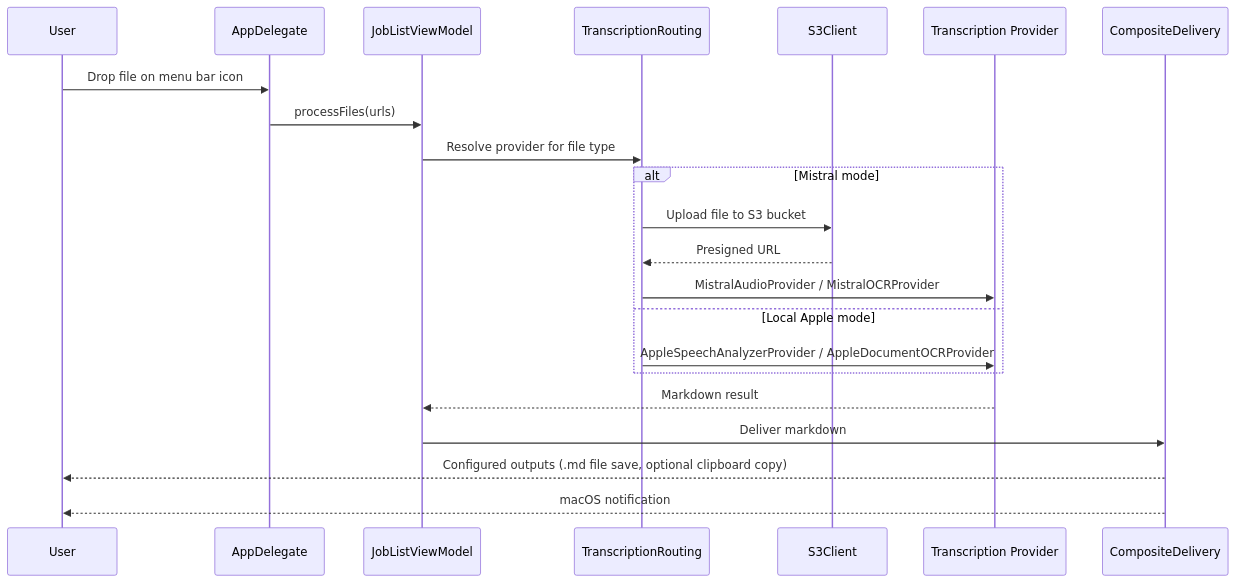
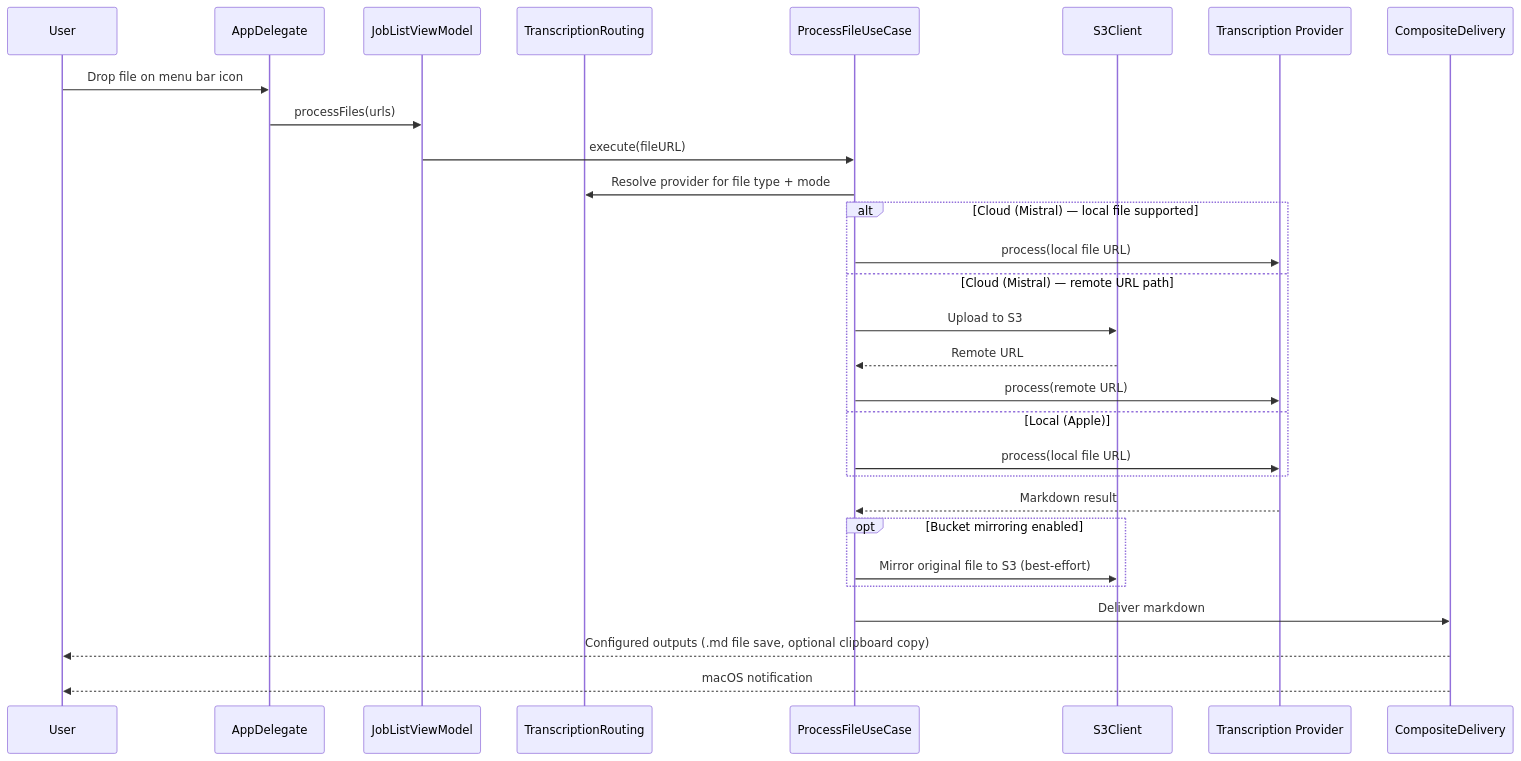
One commit to jwa91/trnscrb changed the second of 2 diagrams in docs/ARCHITECTURE.md. Above: the diagram before and after it, drawn with Mermaid. The commit also changed other lines of this file and 36 other files, not shown here.

````diff
--- a/docs/ARCHITECTURE.md
+++ b/docs/ARCHITECTURE.md
@@ -65,25 +65,32 @@
 ```mermaid
 sequenceDiagram
     participant U as User
     participant A as AppDelegate
     participant VM as JobListViewModel
     participant R as TranscriptionRouting
+    participant P as ProcessFileUseCase
     participant S as S3Client
     participant T as Transcription Provider
     participant D as CompositeDelivery
 
     U->>A: Drop file on menu bar icon
     A->>VM: processFiles(urls)
-    VM->>R: Resolve provider for file type
-    alt Mistral mode
-        R->>S: Upload file to S3 bucket
-        S-->>R: Presigned URL
-        R->>T: MistralAudioProvider / MistralOCRProvider
-    else Local Apple mode
-        R->>T: AppleSpeechAnalyzerProvider / AppleDocumentOCRProvider
+    VM->>P: execute(fileURL)
+    P->>R: Resolve provider for file type + mode
+    alt Cloud (Mistral) — local file supported
+        P->>T: process(local file URL)
+    else Cloud (Mistral) — remote URL path
+        P->>S: Upload to S3
+        S-->>P: Remote URL
+        P->>T: process(remote URL)
+    else Local (Apple)
+        P->>T: process(local file URL)
     end
-    T-->>VM: Markdown result
-    VM->>D: Deliver markdown
+    T-->>P: Markdown result
+    opt Bucket mirroring enabled
+        P->>S: Mirror original file to S3 (best-effort)
+    end
+    P->>D: Deliver markdown
     D-->>U: Configured outputs (.md file save, optional clipboard copy)
     D-->>U: macOS notification
 ```
````
